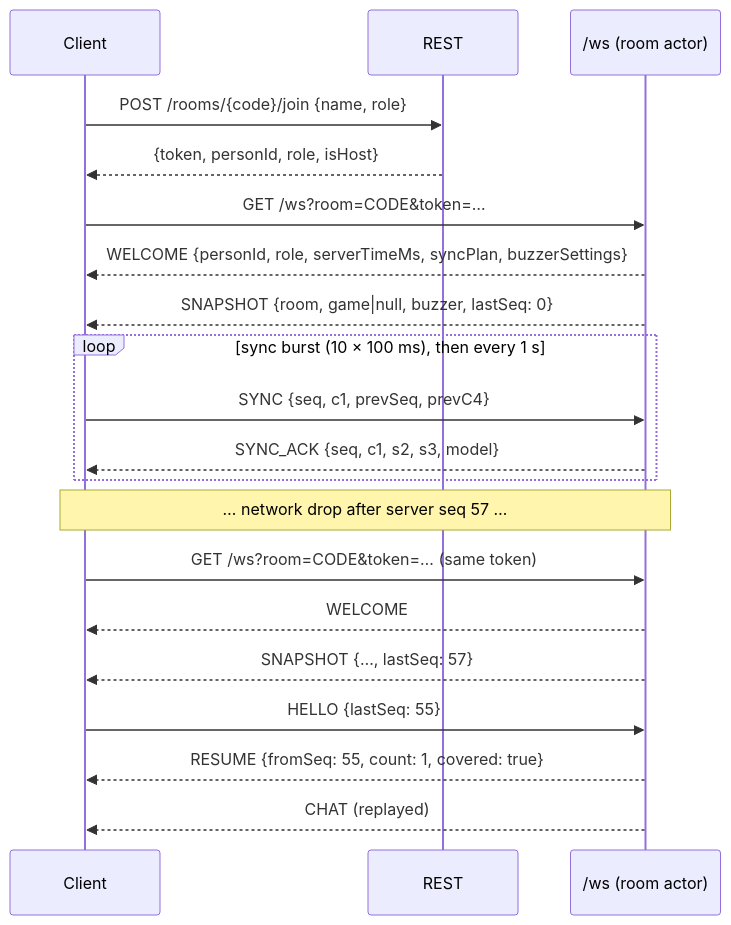
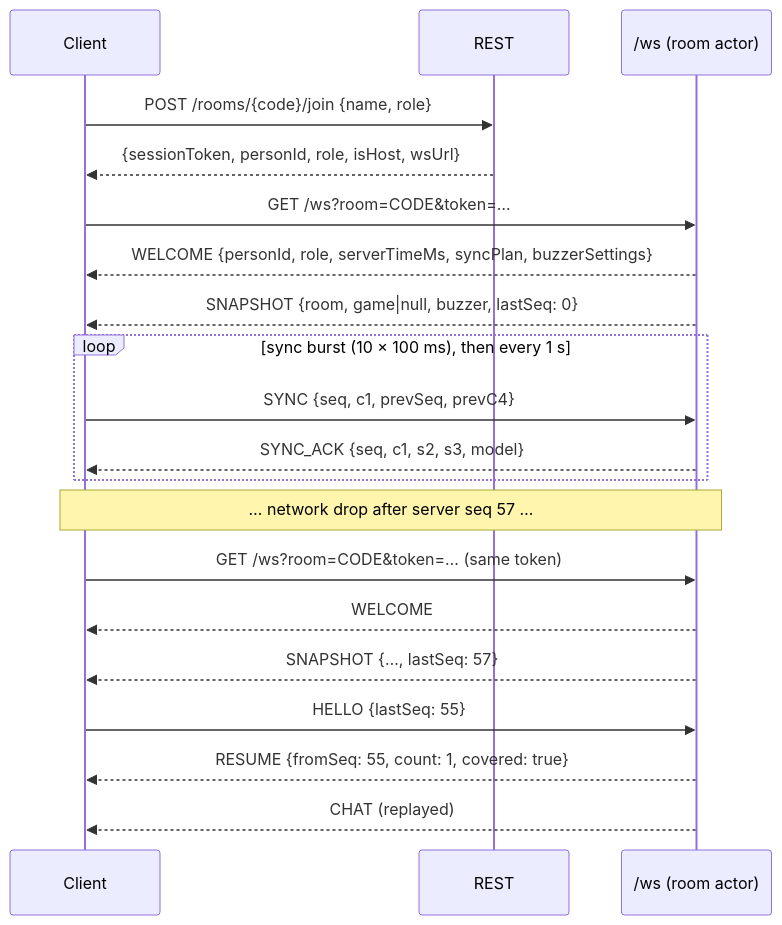
One commit to ruslanfb/sigame-server changed the first of 3 diagrams in docs/protocol.md. Above: the diagram before and after it, drawn with Mermaid. The commit also changed other lines of this file and 12 other files, not shown here.

````diff
--- a/docs/protocol.md
+++ b/docs/protocol.md
@@ -51,22 +51,22 @@
 ```mermaid
 sequenceDiagram
     participant C as Client
     participant R as REST
     participant W as /ws (room actor)
     C->>R: POST /rooms/{code}/join {name, role}
-    R-->>C: {token, personId, role, isHost}
+    R-->>C: {sessionToken, personId, role, isHost, wsUrl}
     C->>W: GET /ws?room=CODE&token=…
     W-->>C: WELCOME {personId, role, serverTimeMs, syncPlan, buzzerSettings}
     W-->>C: SNAPSHOT {room, game|null, buzzer, lastSeq: 0}
     loop sync burst (10 × 100 ms), then every 1 s
         C->>W: SYNC {seq, c1, prevSeq, prevC4}
         W-->>C: SYNC_ACK {seq, c1, s2, s3, model}
     end
     Note over C,W: … network drop after server seq 57 …
     C->>W: GET /ws?room=CODE&token=… (same token)
     W-->>C: WELCOME
     W-->>C: SNAPSHOT {…, lastSeq: 57}
     C->>W: HELLO {lastSeq: 55}
     W-->>C: RESUME {fromSeq: 55, count: 1, covered: true}
     W-->>C: CHAT (replayed)
 ```
````
